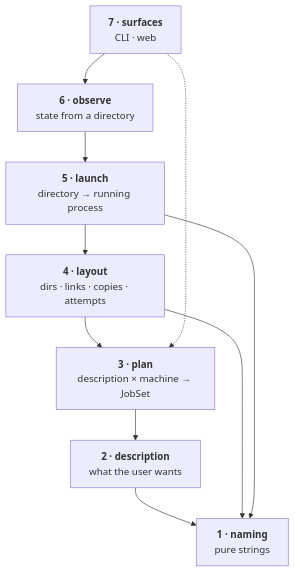
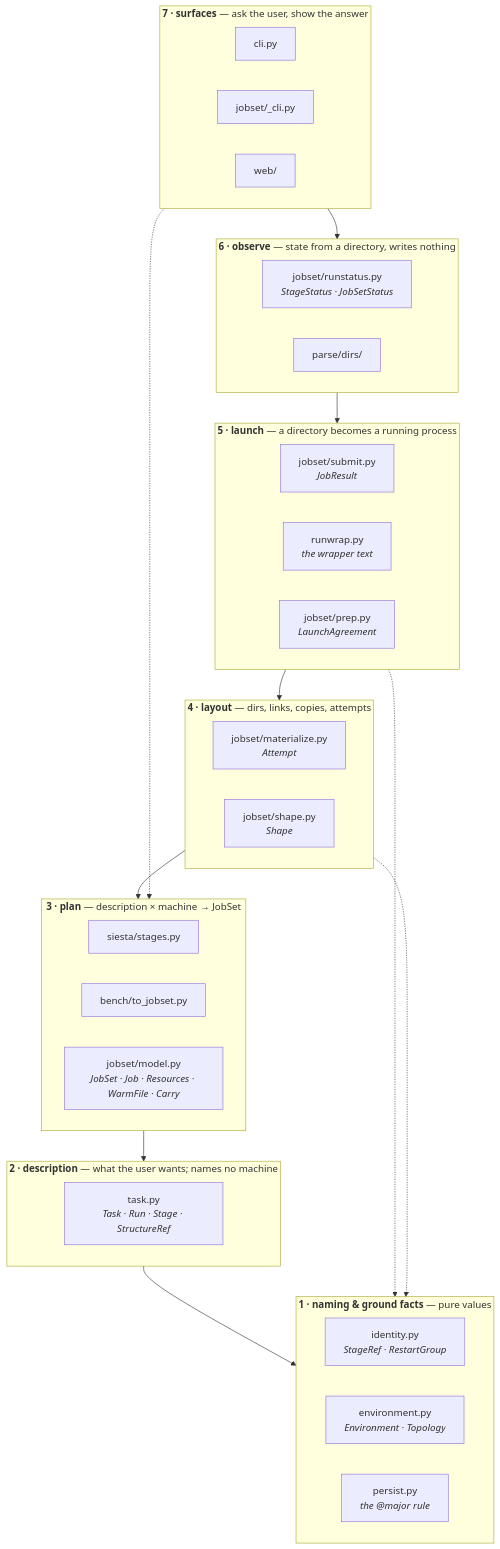
The third of 4 diagrams in docs/execution/staged-runs-implementation-plan.md (Qing-LAB/molbuilder), drawn with Mermaid before and after one commit. The commit also changed other lines of this file, not shown here.

````diff
--- a/docs/execution/staged-runs-implementation-plan.md
+++ b/docs/execution/staged-runs-implementation-plan.md
@@ -3114,14 +3145,39 @@
 ```mermaid
-flowchart TD
-    L7["<b>7 · surfaces</b><br/>CLI · web"]
-    L6["<b>6 · observe</b><br/>state from a directory"]
-    L5["<b>5 · launch</b><br/>directory → running process"]
-    L4["<b>4 · layout</b><br/>dirs · links · copies · attempts"]
-    L3["<b>3 · plan</b><br/>description × machine → JobSet"]
-    L2["<b>2 · description</b><br/>what the user wants"]
-    L1["<b>1 · naming</b><br/>pure strings"]
+flowchart TB
+    subgraph L7["<b>7 · surfaces</b> — ask the user, show the answer"]
+      direction LR
+      S1["cli.py"]; S2["jobset/_cli.py"]; S3["web/"]
+    end
+    subgraph L6["<b>6 · observe</b> — state from a directory, writes nothing"]
+      direction LR
+      O1["jobset/runstatus.py<br/><i>StageStatus · JobSetStatus</i>"]; O2["parse/dirs/"]
+    end
+    subgraph L5["<b>5 · launch</b> — a directory becomes a running process"]
+      direction LR
+      U1["jobset/submit.py<br/><i>JobResult</i>"]; U2["runwrap.py<br/><i>the wrapper text</i>"]
+      U3["jobset/prep.py<br/><i>LaunchAgreement</i>"]
+    end
+    subgraph L4["<b>4 · layout</b> — dirs, links, copies, attempts"]
+      direction LR
+      Y1["jobset/materialize.py<br/><i>Attempt</i>"]; Y2["jobset/shape.py<br/><i>Shape</i>"]
+    end
+    subgraph L3["<b>3 · plan</b> — description × machine → JobSet"]
+      direction LR
+      P1["siesta/stages.py"]; P2["bench/to_jobset.py"]
+      P3["jobset/model.py<br/><i>JobSet · Job · Resources · WarmFile · Carry</i>"]
+    end
+    subgraph L2["<b>2 · description</b> — what the user wants; names no machine"]
+      direction LR
+      D1["task.py<br/><i>Task · Run · Stage · StructureRef</i>"]
+    end
+    subgraph L1["<b>1 · naming &amp; ground facts</b> — pure values"]
+      direction LR
+      N1["identity.py<br/><i>StageRef · RestartGroup</i>"]
+      N2["environment.py<br/><i>Environment · Topology</i>"]
+      N3["persist.py<br/><i>the @major rule</i>"]
+    end
     L7 --> L6 --> L5 --> L4 --> L3 --> L2 --> L1
+    L5 -.-> L1
+    L4 -.-> L1
     L7 -.-> L3
-    L4 --> L1
-    L5 --> L1
 ```
````
